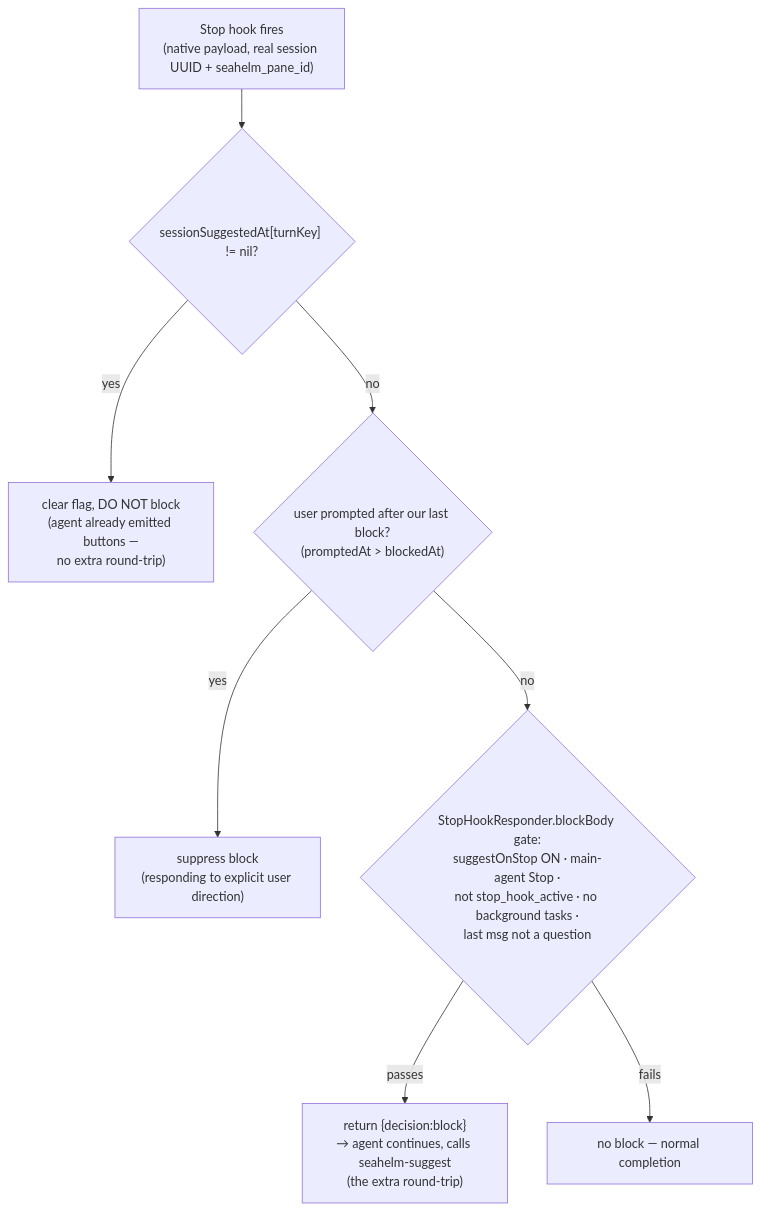
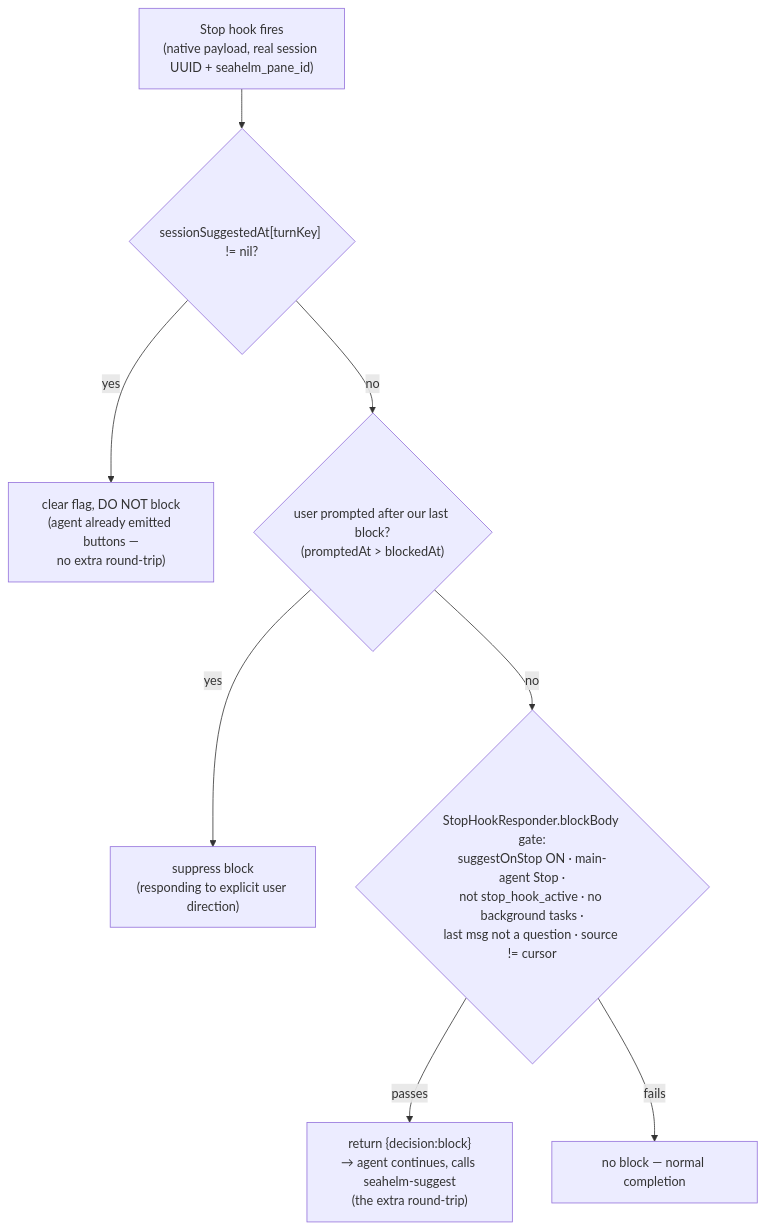
The second of 2 diagrams in docs/suggestion-flow.md (BetaYao/seahelm), drawn with Mermaid before and after one commit. The commit also changed other lines of this file and 9 other files, not shown here.

First line of the commit message:
fix(cursor): stop leaking suggest instructions into chat

````diff
--- a/docs/suggestion-flow.md
+++ b/docs/suggestion-flow.md
@@ -35,10 +48,10 @@
 ```mermaid
 flowchart TD
-    S["Stop hook fires\n(native payload, real session UUID + seahelm_pane_id)"] --> T{"sessionSuggestedAt[turnKey] != nil?"}
-    T -- yes --> U["clear flag, DO NOT block\n(agent already emitted buttons —\nno extra round-trip)"]
-    T -- no --> V{"user prompted after our last block?\n(promptedAt > blockedAt)"}
-    V -- yes --> W["suppress block\n(responding to explicit user direction)"]
-    V -- no --> X{"StopHookResponder.blockBody gate:\nsuggestOnStop ON · main-agent Stop ·\nnot stop_hook_active · no background tasks ·\nlast msg not a question"}
-    X -- passes --> Y["return {decision:block}\n→ agent continues, calls seahelm-suggest\n(the extra round-trip)"]
-    X -- fails --> Z["no block — normal completion"]
+  S["Stop hook fires\n(native payload, real session UUID + seahelm_pane_id)"] --> T{"sessionSuggestedAt[turnKey] != nil?"}
+  T -- yes --> U["clear flag, DO NOT block\n(agent already emitted buttons —\nno extra round-trip)"]
+  T -- no --> V{"user prompted after our last block?\n(promptedAt > blockedAt)"}
+  V -- yes --> W["suppress block\n(responding to explicit user direction)"]
+  V -- no --> X{"StopHookResponder.blockBody gate:\nsuggestOnStop ON · main-agent Stop ·\nnot stop_hook_active · no background tasks ·\nlast msg not a question · source != cursor"}
+  X -- passes --> Y["return {decision:block}\n→ agent continues, calls seahelm-suggest\n(the extra round-trip)"]
+  X -- fails --> Z["no block — normal completion"]
 ```
````
